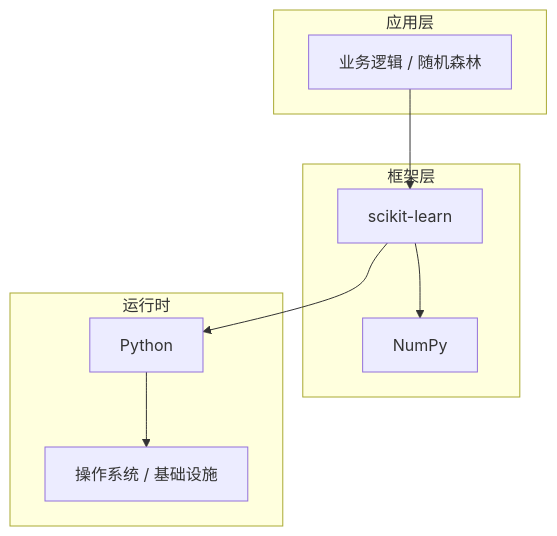
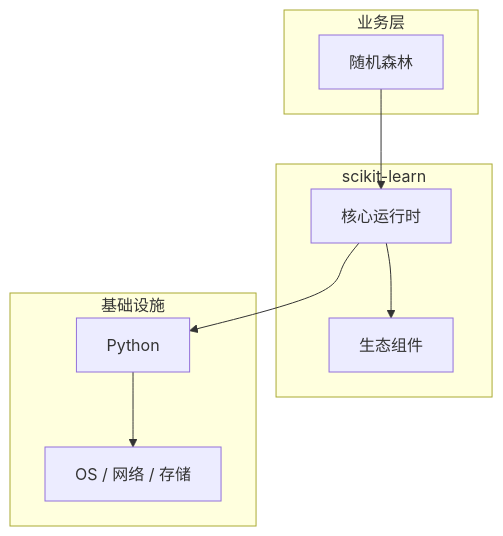
One commit to yanggan2015/knowledge-json-v2 changed the diagram in articles/机器学习/chapters/043-随机森林核心概念与原理.md. Above: the diagram before and after it, drawn with Mermaid. The commit also changed other lines of this file and 10127 other files, not shown here.

````diff
--- a/articles/机器学习/chapters/043-随机森林核心概念与原理.md
+++ b/articles/机器学习/chapters/043-随机森林核心概念与原理.md
@@ -45,18 +30,18 @@
 ```mermaid
 graph TB
-    subgraph 应用层
-        A[业务逻辑 / 随机森林]
+    subgraph 业务层
+        A[随机森林]
     end
-    subgraph 框架层
-        B[scikit-learn]
-        C[NumPy]
+    subgraph scikit-learn
+        B[核心运行时]
+        C[生态组件]
     end
-    subgraph 运行时
+    subgraph 基础设施
         D[Python]
-        E[操作系统 / 基础设施]
+        E[OS / 网络 / 存储]
     end
     A --> B
     B --> C
     B --> D
     D --> E
 ```
````
